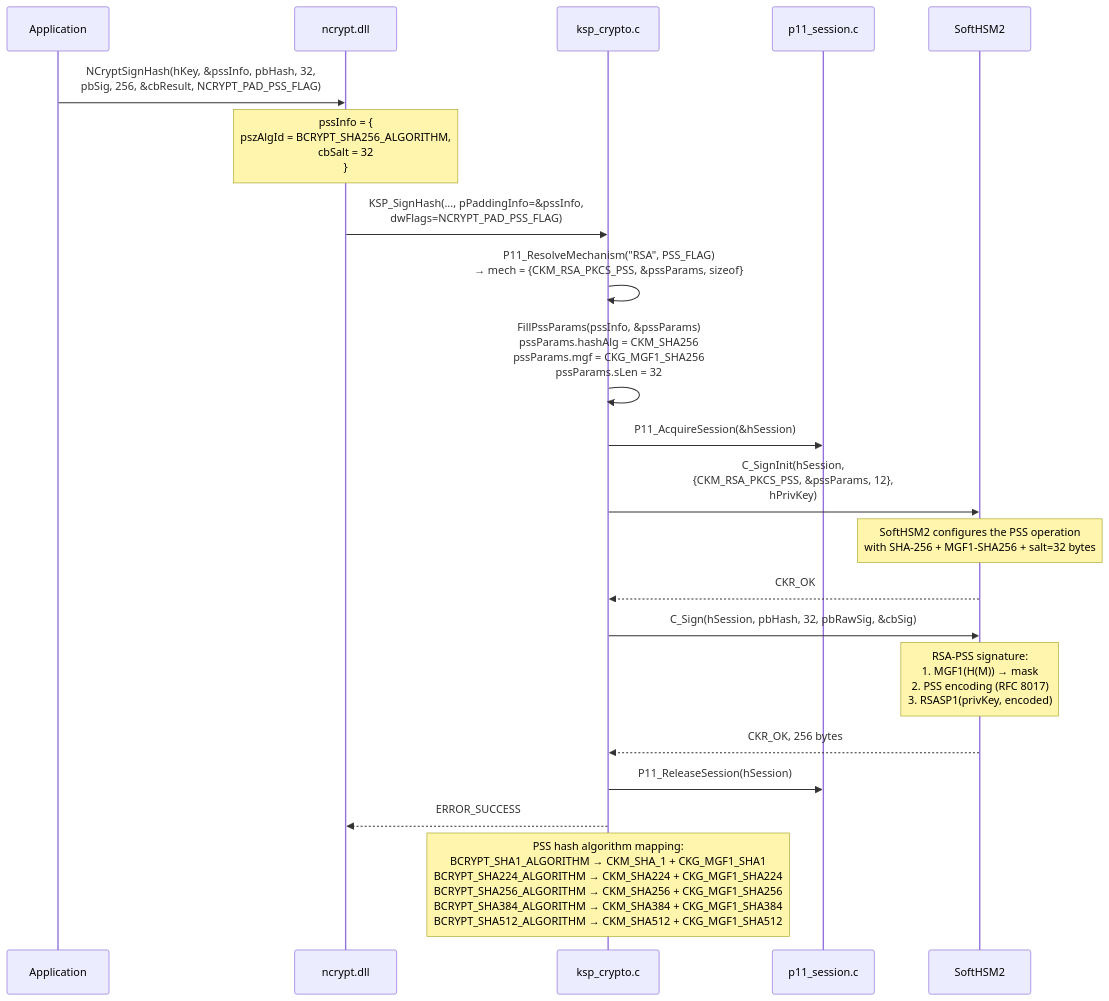
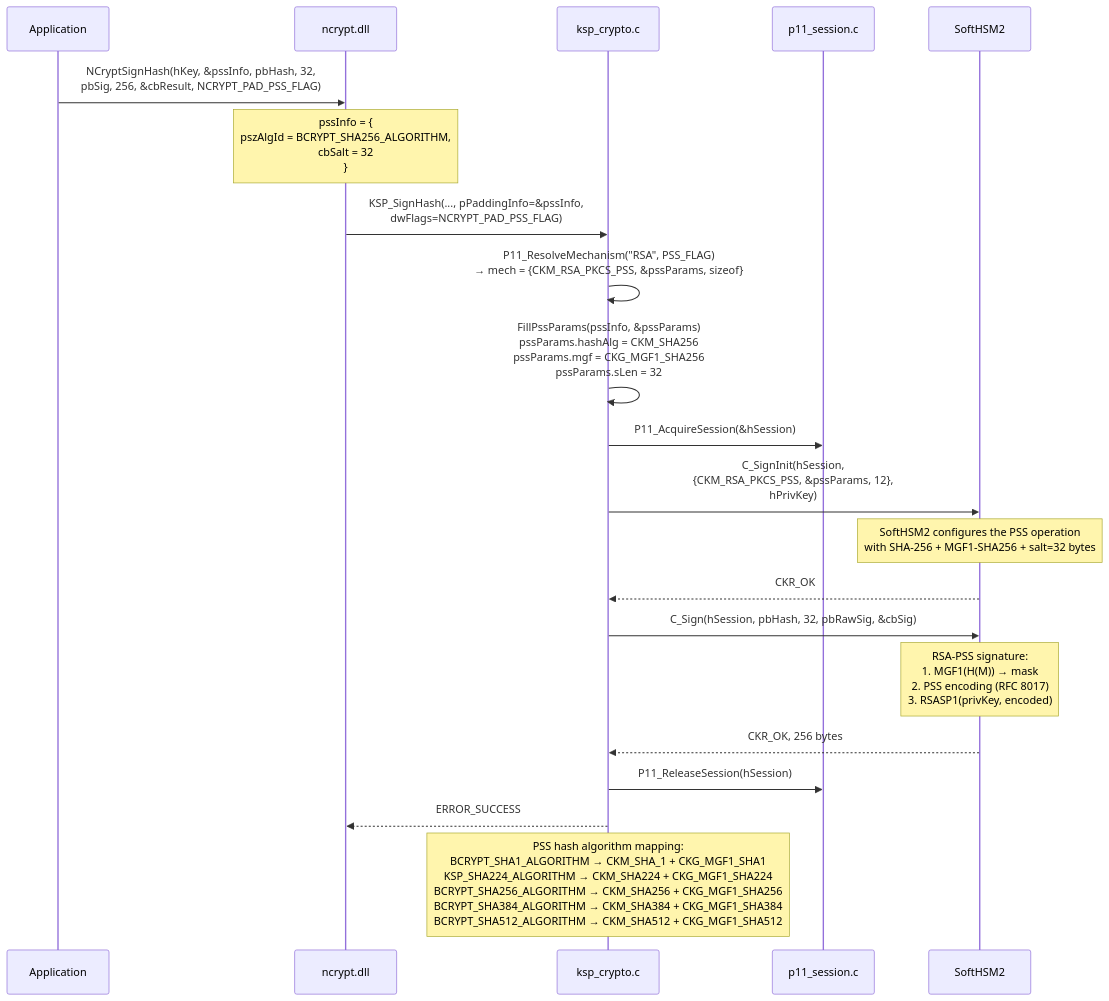
One commit to Gaillotte/Noida changed the second of 8 diagrams in softhsm_ksp/docs/04-crypto-operations.md. Above: the diagram before and after it, drawn with Mermaid. The commit also changed other lines of this file and 38 other files, not shown here.

````diff
--- a/softhsm_ksp/docs/04-crypto-operations.md
+++ b/softhsm_ksp/docs/04-crypto-operations.md
@@ -89,33 +89,33 @@
 ```mermaid
 sequenceDiagram
     participant App as Application
     participant NCrypt as ncrypt.dll
     participant KSP as ksp_crypto.c
     participant Session as p11_session.c
     participant HSM as SoftHSM2
 
     App->>NCrypt: NCryptSignHash(hKey, &pssInfo, pbHash, 32,<br/>pbSig, 256, &cbResult, NCRYPT_PAD_PSS_FLAG)
 
     note over NCrypt: pssInfo = {<br/>  pszAlgId = BCRYPT_SHA256_ALGORITHM,<br/>  cbSalt   = 32<br/>}
 
     NCrypt->>KSP: KSP_SignHash(..., pPaddingInfo=&pssInfo,<br/>dwFlags=NCRYPT_PAD_PSS_FLAG)
 
     KSP->>KSP: P11_ResolveMechanism("RSA", PSS_FLAG)<br/>→ mech = {CKM_RSA_PKCS_PSS, &pssParams, sizeof}
 
     KSP->>KSP: FillPssParams(pssInfo, &pssParams)<br/>pssParams.hashAlg = CKM_SHA256<br/>pssParams.mgf     = CKG_MGF1_SHA256<br/>pssParams.sLen    = 32
 
     KSP->>Session: P11_AcquireSession(&hSession)
 
     KSP->>HSM: C_SignInit(hSession,<br/>  {CKM_RSA_PKCS_PSS, &pssParams, 12},<br/>  hPrivKey)
     note over HSM: SoftHSM2 configures the PSS operation<br/>with SHA-256 + MGF1-SHA256 + salt=32 bytes
     HSM-->>KSP: CKR_OK
 
     KSP->>HSM: C_Sign(hSession, pbHash, 32, pbRawSig, &cbSig)
     note over HSM: RSA-PSS signature:<br/>1. MGF1(H(M)) → mask<br/>2. PSS encoding (RFC 8017)<br/>3. RSASP1(privKey, encoded)
     HSM-->>KSP: CKR_OK, 256 bytes
 
     KSP->>Session: P11_ReleaseSession(hSession)
     KSP-->>NCrypt: ERROR_SUCCESS
 
-    note over KSP: PSS hash algorithm mapping:<br/>BCRYPT_SHA1_ALGORITHM   → CKM_SHA_1  + CKG_MGF1_SHA1<br/>BCRYPT_SHA224_ALGORITHM → CKM_SHA224 + CKG_MGF1_SHA224<br/>BCRYPT_SHA256_ALGORITHM → CKM_SHA256 + CKG_MGF1_SHA256<br/>BCRYPT_SHA384_ALGORITHM → CKM_SHA384 + CKG_MGF1_SHA384<br/>BCRYPT_SHA512_ALGORITHM → CKM_SHA512 + CKG_MGF1_SHA512
+    note over KSP: PSS hash algorithm mapping:<br/>BCRYPT_SHA1_ALGORITHM   → CKM_SHA_1  + CKG_MGF1_SHA1<br/>KSP_SHA224_ALGORITHM    → CKM_SHA224 + CKG_MGF1_SHA224<br/>BCRYPT_SHA256_ALGORITHM → CKM_SHA256 + CKG_MGF1_SHA256<br/>BCRYPT_SHA384_ALGORITHM → CKM_SHA384 + CKG_MGF1_SHA384<br/>BCRYPT_SHA512_ALGORITHM → CKM_SHA512 + CKG_MGF1_SHA512
 ```
````
